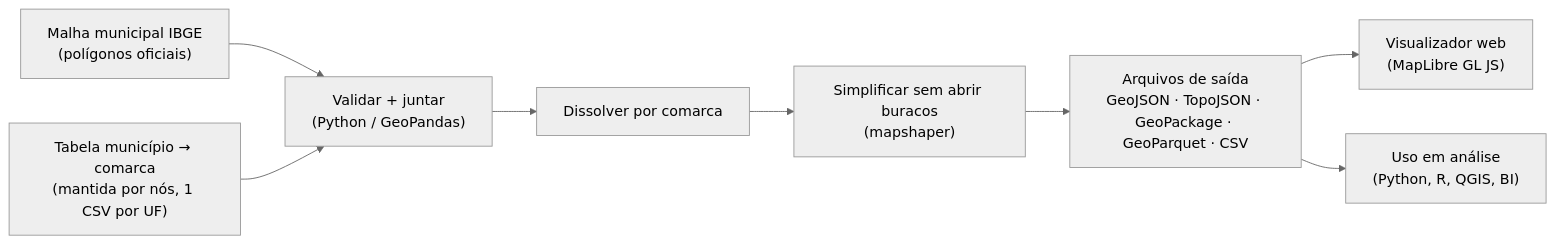
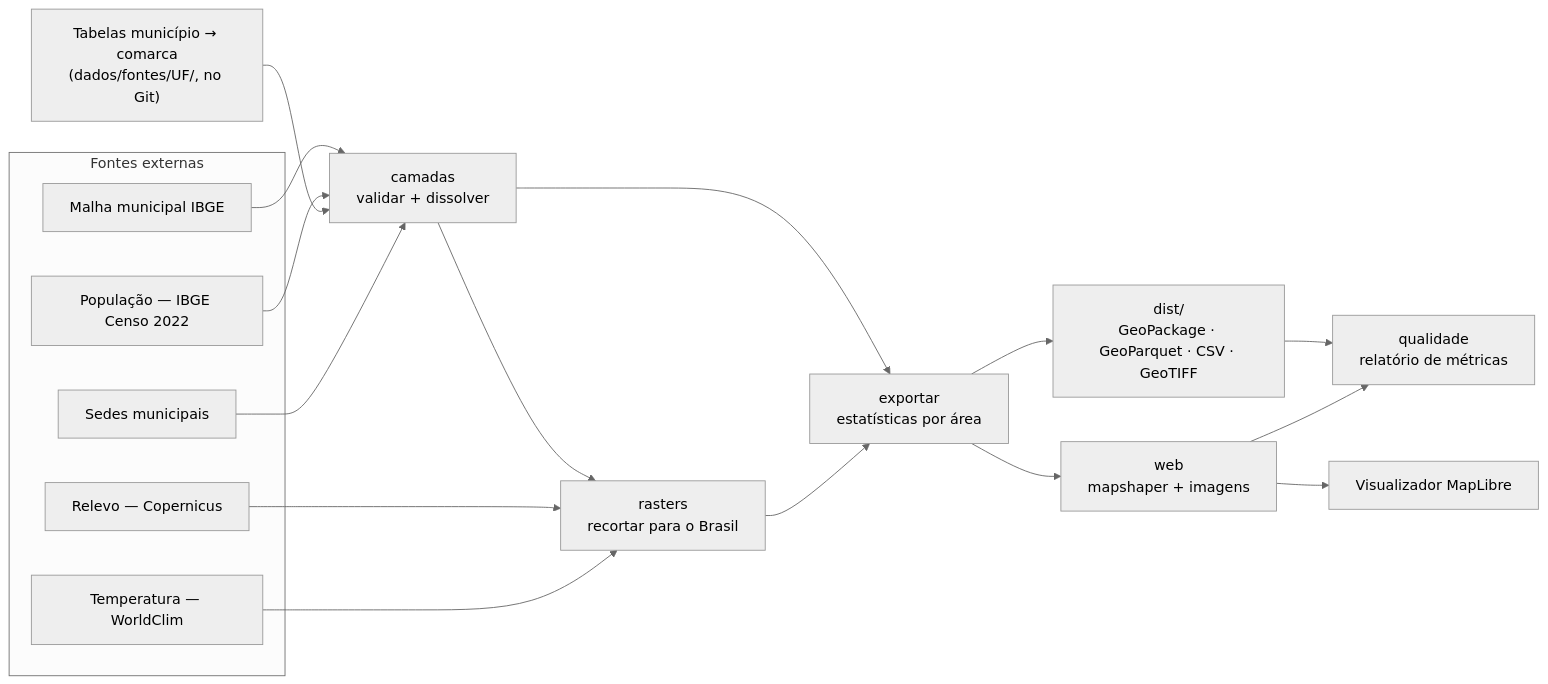
Before and after one commit to annynyx/comarcas-brasil: the diagram in docs/01-arquitetura.md, drawn with Mermaid (neutral theme). The commit also changed other lines of this file and 35 other files, not shown here.

````diff
--- a/docs/01-arquitetura.md
+++ b/docs/01-arquitetura.md
@@ -26,10 +70,19 @@
 ```mermaid
 flowchart LR
-    A["Malha municipal IBGE<br/>(polígonos oficiais)"] --> C
-    B["Tabela município → comarca<br/>(mantida por nós, 1 CSV por UF)"] --> C
-    C["Validar + juntar<br/>(Python / GeoPandas)"] --> D["Dissolver por comarca"]
-    D --> E["Simplificar sem abrir buracos<br/>(mapshaper)"]
-    E --> F["Arquivos de saída<br/>GeoJSON · TopoJSON · GeoPackage · GeoParquet · CSV"]
-    F --> G["Visualizador web<br/>(MapLibre GL JS)"]
-    F --> H["Uso em análise<br/>(Python, R, QGIS, BI)"]
+    subgraph Fontes externas
+      A["Malha municipal IBGE"]
+      P["População — IBGE Censo 2022"]
+      C["Sedes municipais"]
+      R["Relevo — Copernicus"]
+      T["Temperatura — WorldClim"]
+    end
+    B["Tabelas município → comarca<br/>(dados/fontes/UF/, no Git)"]
+    A & P & B & C --> K["camadas<br/>validar + dissolver"]
+    K --> RS["rasters<br/>recortar para o Brasil"]
+    R & T --> RS
+    K & RS --> X["exportar<br/>estatísticas por área"]
+    X --> D["dist/<br/>GeoPackage · GeoParquet · CSV · GeoTIFF"]
+    X --> W["web<br/>mapshaper + imagens"]
+    W --> V["Visualizador MapLibre"]
+    D & W --> Q["qualidade<br/>relatório de métricas"]
 ```
````
